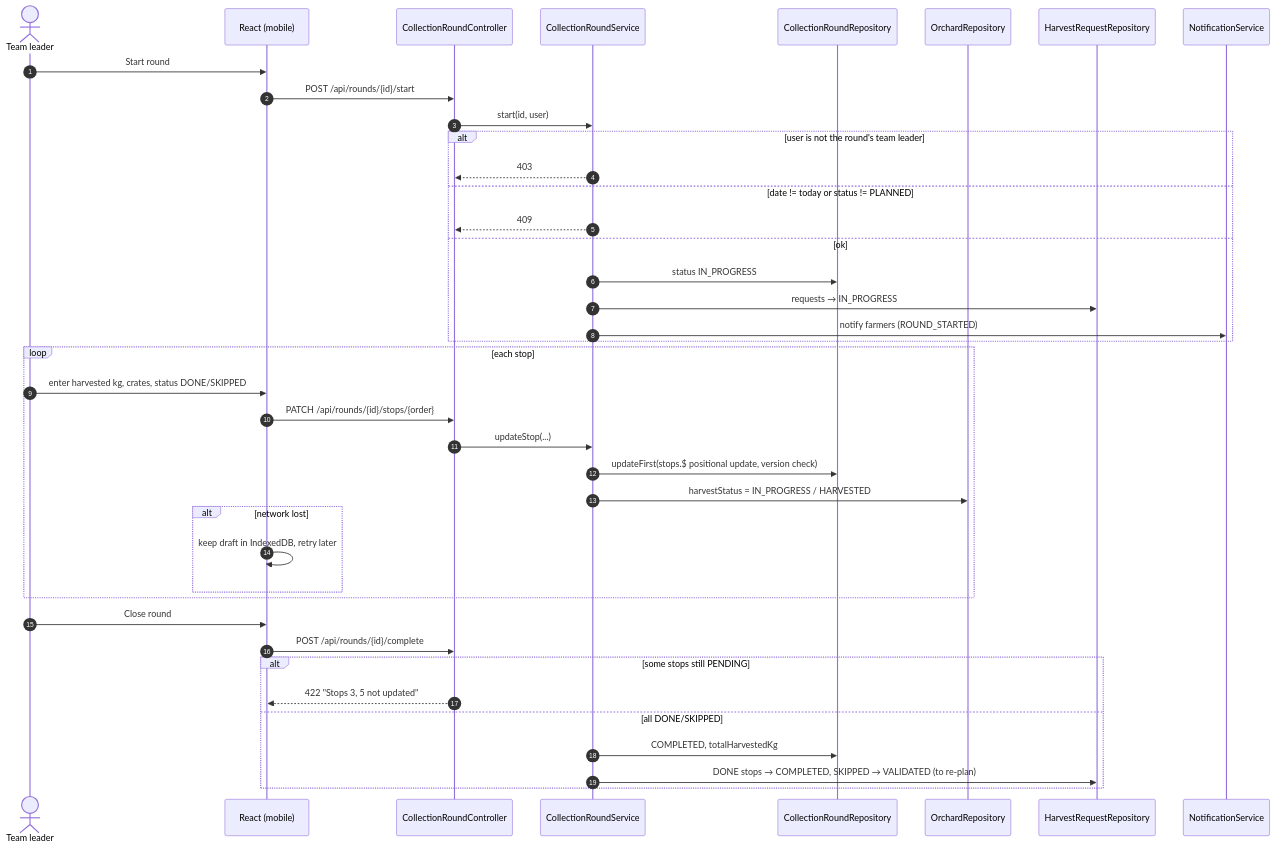
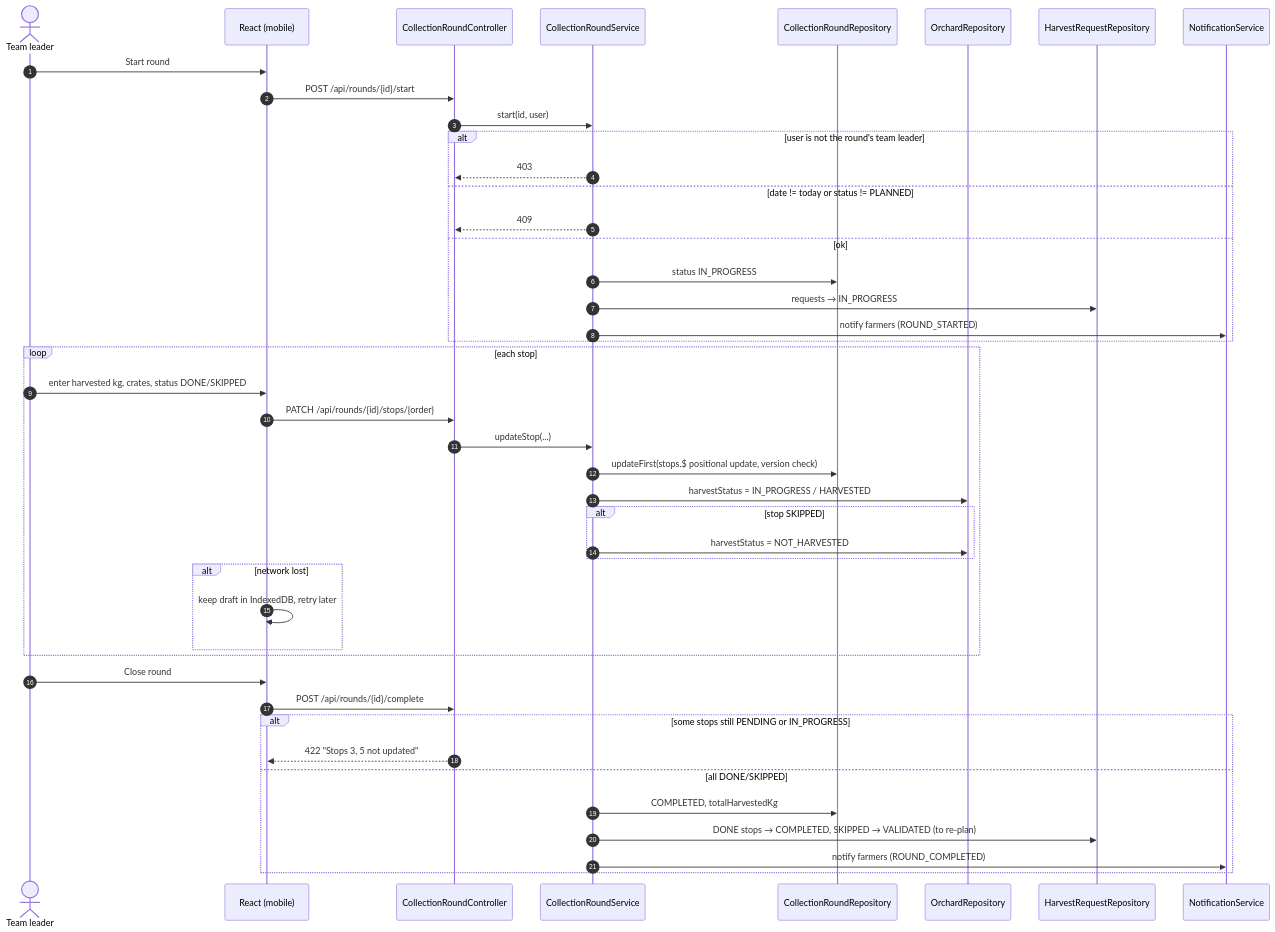
One commit to Iyed-M/olive-connect changed the ninth of 21 diagrams in docs/04-uml-design.md. Above: the diagram before and after it, drawn with Mermaid. The commit also changed other lines of this file and 4 other files, not shown here.

````diff
--- a/docs/04-uml-design.md
+++ b/docs/04-uml-design.md
@@ -858,43 +860,47 @@
 ```mermaid
 sequenceDiagram
     autonumber
     actor TL as Team leader
     participant FE as React (mobile)
     participant C as CollectionRoundController
     participant S as CollectionRoundService
     participant RR as CollectionRoundRepository
     participant OR as OrchardRepository
     participant HR as HarvestRequestRepository
     participant NS as NotificationService
 
     TL->>FE: Start round
     FE->>C: POST /api/rounds/{id}/start
     C->>S: start(id, user)
     alt user is not the round's team leader
         S-->>C: 403
     else date != today or status != PLANNED
         S-->>C: 409
     else ok
         S->>RR: status IN_PROGRESS
         S->>HR: requests → IN_PROGRESS
         S->>NS: notify farmers (ROUND_STARTED)
     end
     loop each stop
         TL->>FE: enter harvested kg, crates, status DONE/SKIPPED
         FE->>C: PATCH /api/rounds/{id}/stops/{order}
         C->>S: updateStop(...)
         S->>RR: updateFirst(stops.$ positional update, version check)
         S->>OR: harvestStatus = IN_PROGRESS / HARVESTED
+        alt stop SKIPPED
+            S->>OR: harvestStatus = NOT_HARVESTED
+        end
         alt network lost
             FE->>FE: keep draft in IndexedDB, retry later
         end
     end
     TL->>FE: Close round
     FE->>C: POST /api/rounds/{id}/complete
-    alt some stops still PENDING
+    alt some stops still PENDING or IN_PROGRESS
         C-->>FE: 422 "Stops 3, 5 not updated"
     else all DONE/SKIPPED
         S->>RR: COMPLETED, totalHarvestedKg
         S->>HR: DONE stops → COMPLETED, SKIPPED → VALIDATED (to re-plan)
+        S->>NS: notify farmers (ROUND_COMPLETED)
     end
 ```
````
